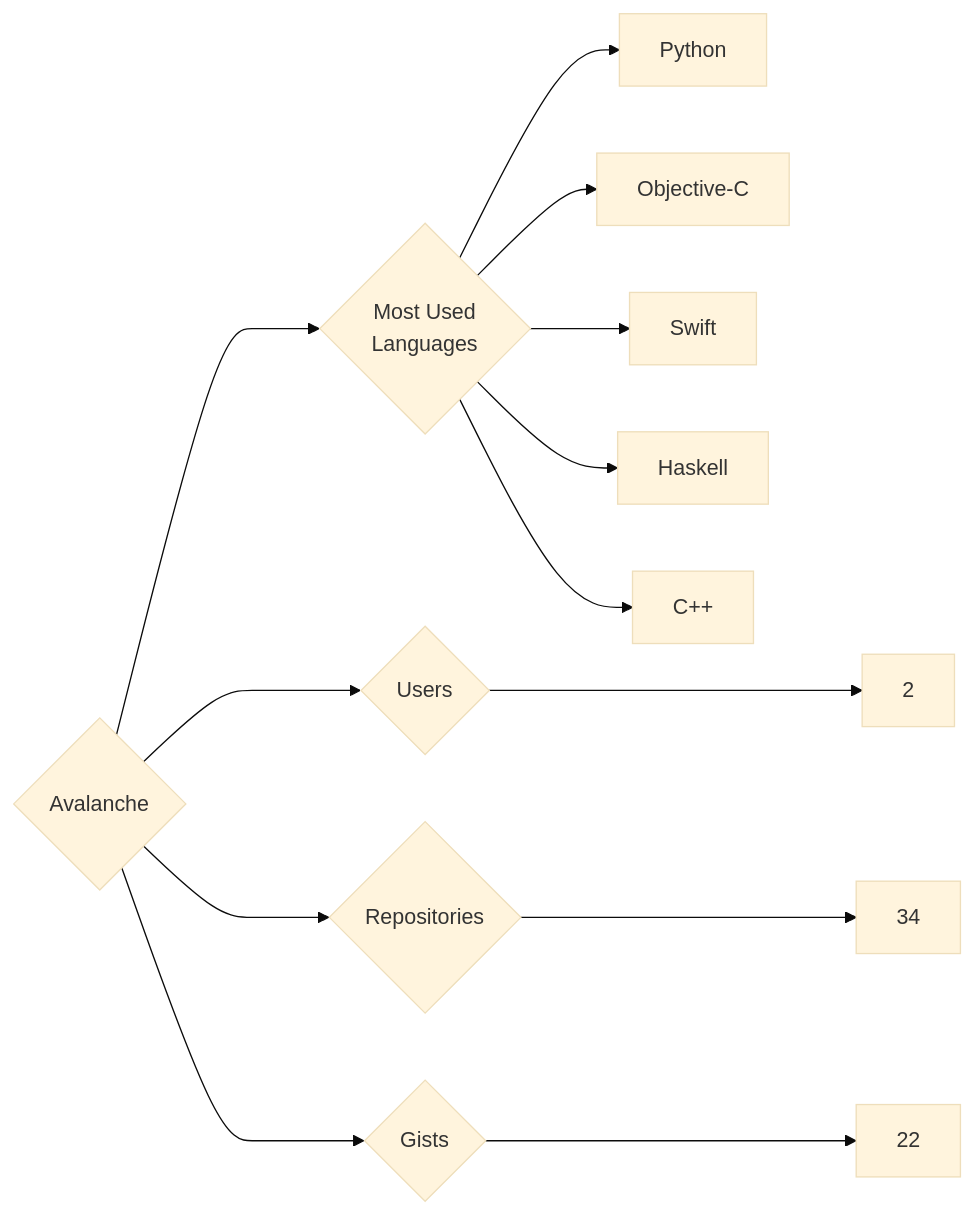
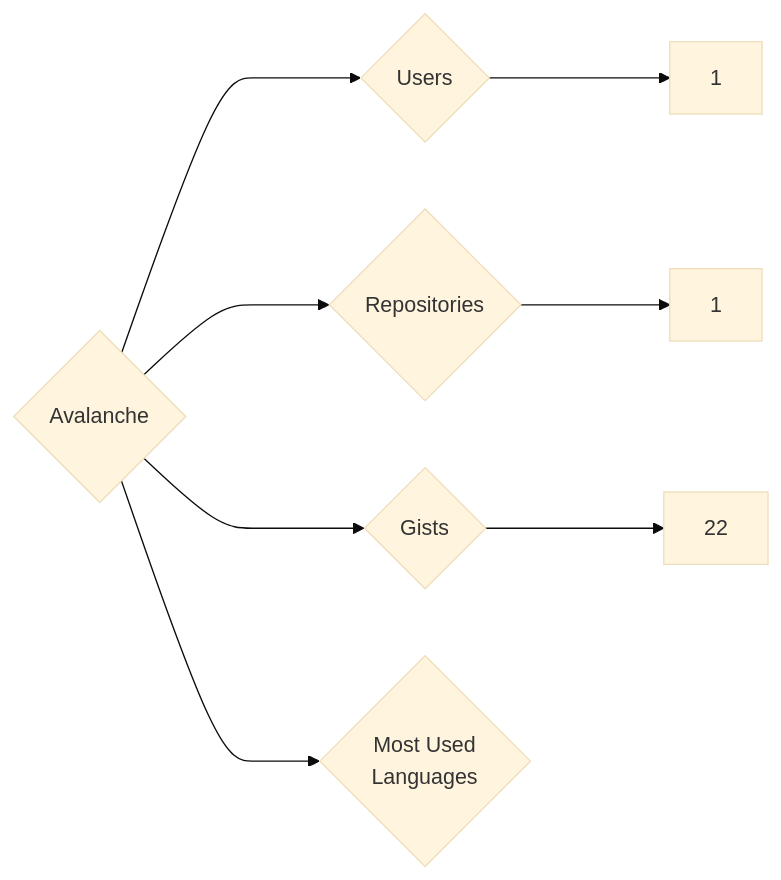
Before and after one commit to trickest/insiders: the diagram in targets/Avalanche/README.md, drawn with Mermaid (base theme). The commit also changed 1089 other files, not shown here.

````diff
--- a/targets/Avalanche/README.md
+++ b/targets/Avalanche/README.md
@@ -3,13 +3,8 @@
 ```mermaid
 graph LR
 COMPANY_NAME{Avalanche}
-COMPANY_NAME ---> U{Users} ---> UN[2]
-COMPANY_NAME ---> R{Repositories} ---> RN[34]
+COMPANY_NAME ---> U{Users} ---> UN[1]
+COMPANY_NAME ---> R{Repositories} ---> RN[1]
 COMPANY_NAME ---> G{Gists} ---> GN[22]
 COMPANY_NAME ---> ML{Most Used<br>Languages}
-ML --> Python[Python]
-ML --> Objective-C[Objective-C]
-ML --> Swift[Swift]
-ML --> Haskell[Haskell]
-ML --> C++[C++]
 ```
````
